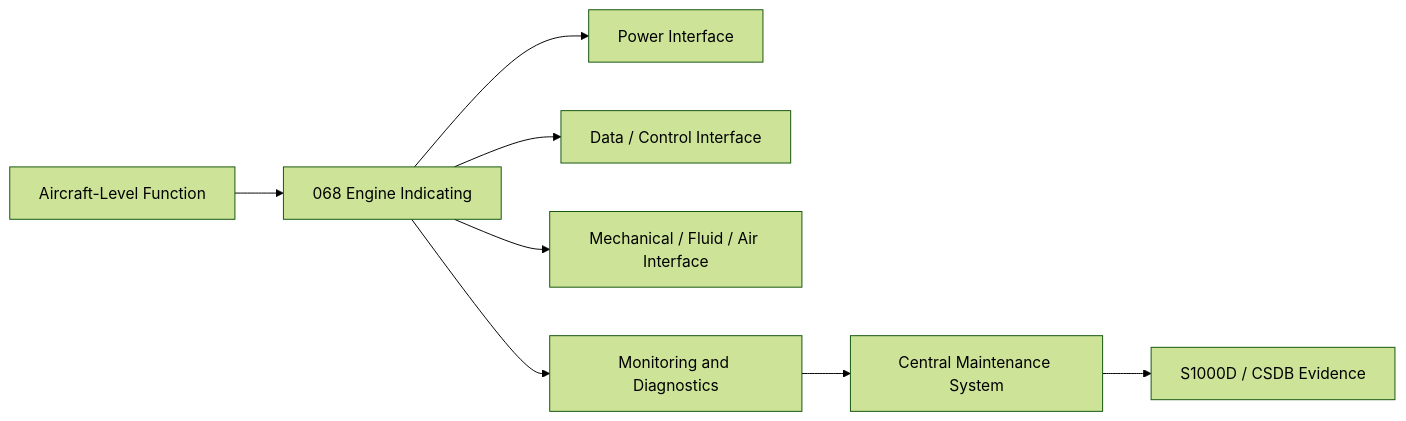
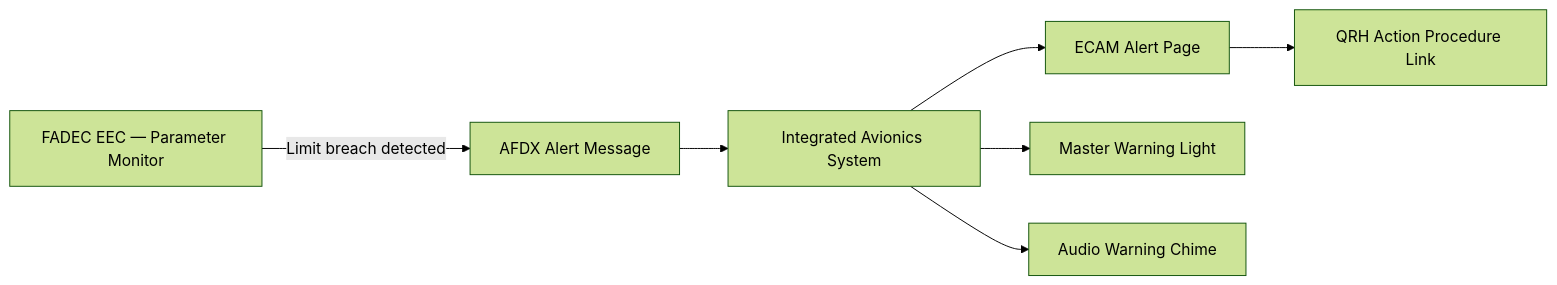
Before and after one commit to AmedeoPelliccia/Qplus-For-All-Queer-People-and-Quantum: the diagram in Q+ATLANTIDE/000-099_ATLAS/060-069_Propulsion-Tradicional/068_Engine-Indicating/068-020-Engine-Warning-and-Caution-Indication.md, drawn with Mermaid (forest theme). The commit also changed other lines of this file and 19 other files, not shown here.

First line of the commit message:
docs: rewrite 068_Engine-Indicating and 069_Exhaust-Oil-Starting — 20 files contextualized for AMPEL360E eWTW

````diff
--- a/Q+ATLANTIDE/000-099_ATLAS/060-069_Propulsion-Tradicional/068_Engine-Indicating/068-020-Engine-Warning-and-Caution-Indication.md
+++ b/Q+ATLANTIDE/000-099_ATLAS/060-069_Propulsion-Tradicional/068_Engine-Indicating/068-020-Engine-Warning-and-Caution-Indication.md
@@ -153,10 +74,9 @@
 ```mermaid
 flowchart LR
-    A[Aircraft-Level Function] --> B[068 Engine Indicating]
-    B --> C[Power Interface]
-    B --> D[Data / Control Interface]
-    B --> E[Mechanical / Fluid / Air Interface]
-    B --> F[Monitoring and Diagnostics]
-    F --> G[Central Maintenance System]
-    G --> H[S1000D / CSDB Evidence]
+    FADEC[FADEC EEC — Parameter Monitor] -->|Limit breach detected| AFDX_ALERT[AFDX Alert Message]
+    AFDX_ALERT --> IAS[Integrated Avionics System]
+    IAS --> ECAM[ECAM Alert Page]
+    IAS --> MWL[Master Warning Light]
+    IAS --> AUDIO[Audio Warning Chime]
+    ECAM --> QRH_LINK[QRH Action Procedure Link]
 ```
````
